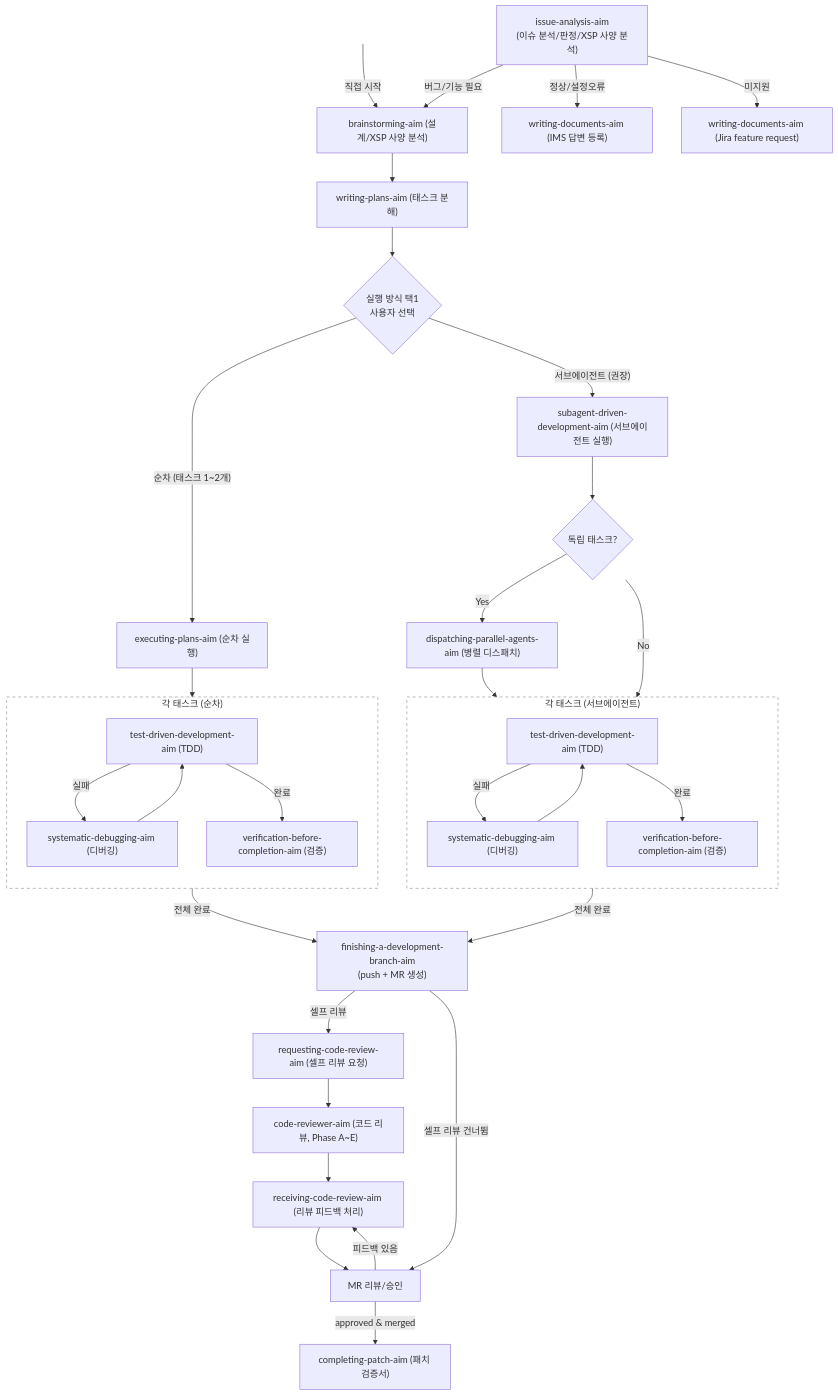
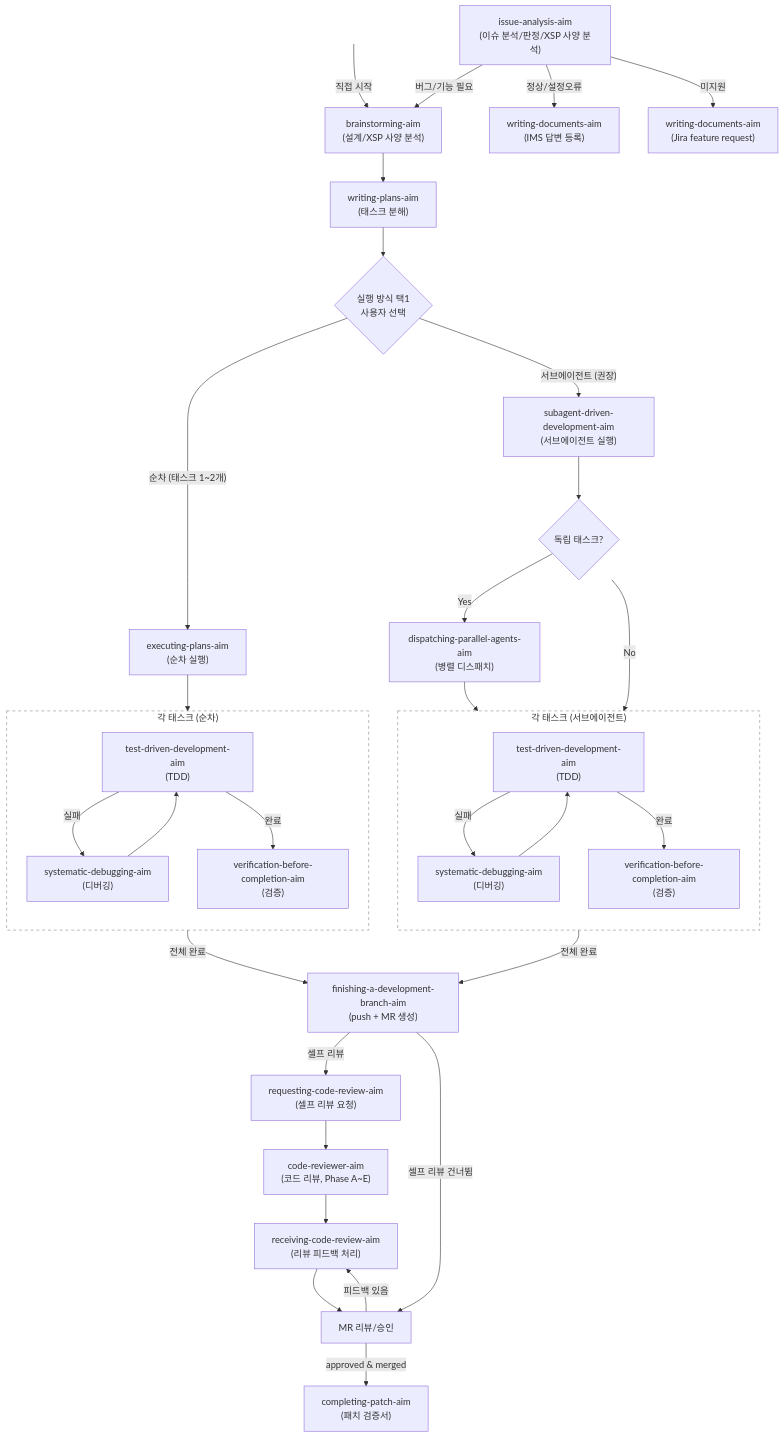
The diagram in README.md (kmj5228/aim-harness), drawn with Mermaid before and after one commit.

Commit message:
style: add line break before role parentheses on all workflow nodes

````diff
--- a/README.md
+++ b/README.md
@@ -77,47 +77,47 @@
 ```mermaid
 flowchart TD
-    A["issue-analysis-aim\n(이슈 분석/판정/XSP 사양 분석)"] -->|"버그/기능 필요"| B["brainstorming-aim (설계/XSP 사양 분석)"]
+    A["issue-analysis-aim\n(이슈 분석/판정/XSP 사양 분석)"] -->|"버그/기능 필요"| B["brainstorming-aim\n(설계/XSP 사양 분석)"]
     START[ ] -->|직접 시작| B
-    B --> C["writing-plans-aim (태스크 분해)"]
+    B --> C["writing-plans-aim\n(태스크 분해)"]
     C --> D{실행 방식 택1\n사용자 선택}
 
-    D -->|"순차 (태스크 1~2개)"| E["executing-plans-aim (순차 실행)"]
+    D -->|"순차 (태스크 1~2개)"| E["executing-plans-aim\n(순차 실행)"]
     E --> TDD1
 
-    D -->|"서브에이전트 (권장)"| F["subagent-driven-development-aim (서브에이전트 실행)"]
+    D -->|"서브에이전트 (권장)"| F["subagent-driven-development-aim\n(서브에이전트 실행)"]
     F --> H{독립 태스크?}
-    H -->|"Yes"| P1["dispatching-parallel-agents-aim (병렬 디스패치)"]
+    H -->|"Yes"| P1["dispatching-parallel-agents-aim\n(병렬 디스패치)"]
     H -->|"No"| TDD2
     P1 --> TDD2
 
     subgraph TDD1 ["각 태스크 (순차)"]
         direction TB
-        G1["test-driven-development-aim (TDD)"] -->|실패| I1["systematic-debugging-aim (디버깅)"]
+        G1["test-driven-development-aim\n(TDD)"] -->|실패| I1["systematic-debugging-aim\n(디버깅)"]
         I1 --> G1
-        G1 -->|완료| J1["verification-before-completion-aim (검증)"]
+        G1 -->|완료| J1["verification-before-completion-aim\n(검증)"]
     end
 
     subgraph TDD2 ["각 태스크 (서브에이전트)"]
         direction TB
-        G2["test-driven-development-aim (TDD)"] -->|실패| I2["systematic-debugging-aim (디버깅)"]
+        G2["test-driven-development-aim\n(TDD)"] -->|실패| I2["systematic-debugging-aim\n(디버깅)"]
         I2 --> G2
-        G2 -->|완료| J2["verification-before-completion-aim (검증)"]
+        G2 -->|완료| J2["verification-before-completion-aim\n(검증)"]
     end
 
     TDD1 -->|전체 완료| K["finishing-a-development-branch-aim\n(push + MR 생성)"]
     TDD2 -->|전체 완료| K
-    K -->|셀프 리뷰| L["requesting-code-review-aim (셀프 리뷰 요청)"]
-    L --> M["code-reviewer-aim (코드 리뷰, Phase A~E)"]
+    K -->|셀프 리뷰| L["requesting-code-review-aim\n(셀프 리뷰 요청)"]
+    L --> M["code-reviewer-aim\n(코드 리뷰, Phase A~E)"]
     K -->|셀프 리뷰 건너뜀| MR[MR 리뷰/승인]
-    M --> RCV["receiving-code-review-aim (리뷰 피드백 처리)"]
+    M --> RCV["receiving-code-review-aim\n(리뷰 피드백 처리)"]
     RCV --> MR
     MR -->|피드백 있음| RCV
-    MR -->|approved & merged| N["completing-patch-aim (패치 검증서)"]
+    MR -->|approved & merged| N["completing-patch-aim\n(패치 검증서)"]
 
-    A -->|"정상/설정오류"| O["writing-documents-aim (IMS 답변 등록)"]
-    A -->|"미지원"| Q["writing-documents-aim (Jira feature request)"]
+    A -->|"정상/설정오류"| O["writing-documents-aim\n(IMS 답변 등록)"]
+    A -->|"미지원"| Q["writing-documents-aim\n(Jira feature request)"]
 
     style START fill:transparent,stroke:transparent
     style TDD1 fill:transparent,stroke:#888,stroke-dasharray: 5 5
     style TDD2 fill:transparent,stroke:#888,stroke-dasharray: 5 5
 ```
````
